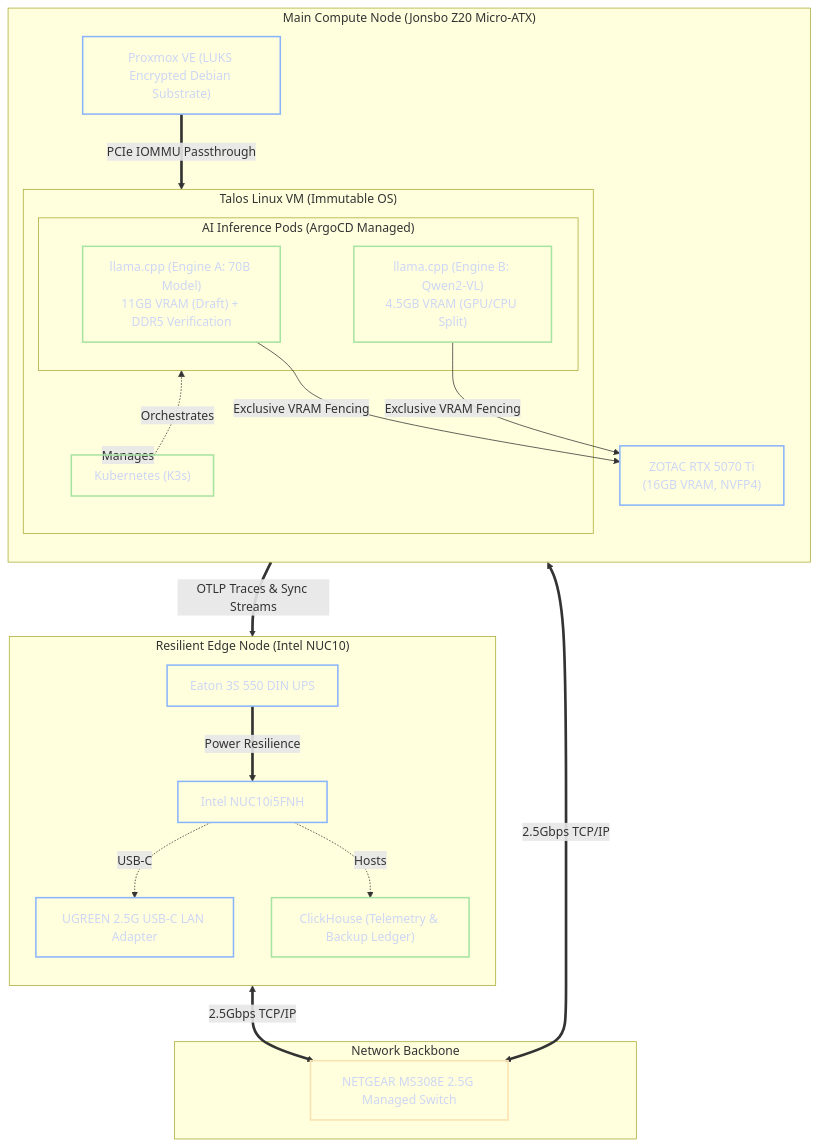
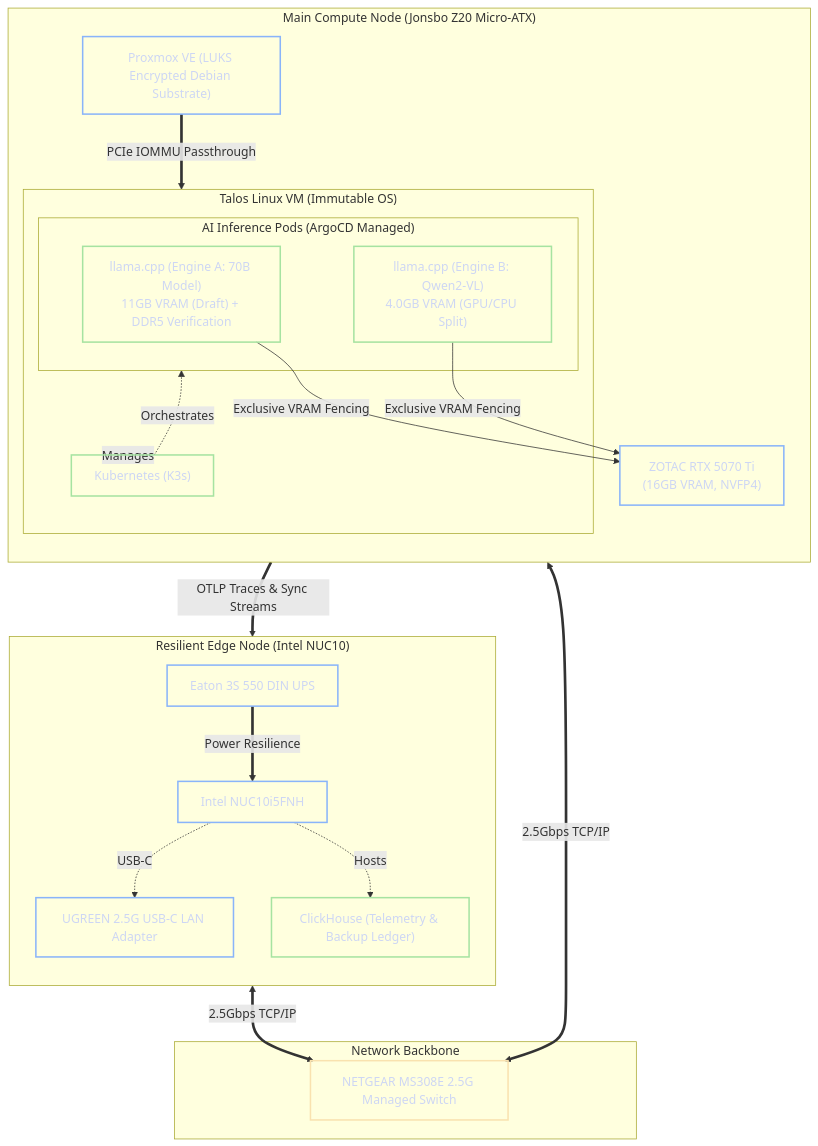
Before and after one commit to foersben/janus-synapse-edge: the diagram in docs/00. Architecture Overview & Constraints Strategy.md, drawn with Mermaid. The commit also changed other lines of this file and 9 other files, not shown here.

````diff
--- a/docs/00. Architecture Overview & Constraints Strategy.md
+++ b/docs/00. Architecture Overview & Constraints Strategy.md
@@ -95,54 +95,54 @@
 ```mermaid
 flowchart TD
     %% Styling Definitions
     classDef hardware fill:transparent,stroke:#89b4fa,stroke-width:2px,color:#cdd6f4
     classDef software fill:transparent,stroke:#a6e3a1,stroke-width:2px,color:#cdd6f4
     classDef network fill:transparent,stroke:#f9e2af,stroke-width:2px,color:#cdd6f4
 
     subgraph MainCompute["Main Compute Node (Jonsbo Z20 Micro-ATX)"]
         direction TB
         Proxmox["Proxmox VE (LUKS Encrypted Debian Substrate)"]:::hardware
 
         subgraph TalosVM["Talos Linux VM (Immutable OS)"]
             K3s["Kubernetes (K3s)"]:::software
 
             subgraph AI_Pods["AI Inference Pods (ArgoCD Managed)"]
                 llama_cpp["llama.cpp (Engine A: 70B Model)<br/>11GB VRAM (Draft) + DDR5 Verification"]:::software
-                EngineB["llama.cpp (Engine B: Qwen2-VL)<br/>4.5GB VRAM (GPU/CPU Split)"]:::software
+                EngineB["llama.cpp (Engine B: Qwen2-VL)<br/>4.0GB VRAM (GPU/CPU Split)"]:::software
             end
         end
 
         GPU["ZOTAC RTX 5070 Ti<br/>(16GB VRAM, NVFP4)"]:::hardware
 
         %% Connections inside Main Compute
         Proxmox == "PCIe IOMMU Passthrough" ==> TalosVM
         TalosVM -. "Manages" .-> K3s
         K3s -. "Orchestrates" .-> AI_Pods
         llama_cpp -- "Exclusive VRAM Fencing" --> GPU
         EngineB -- "Exclusive VRAM Fencing" --> GPU
     end
 
     subgraph Network["Network Backbone"]
         Switch["NETGEAR MS308E 2.5G Managed Switch"]:::network
     end
 
     subgraph EdgeNode["Resilient Edge Node (Intel NUC10)"]
         direction TB
         EatonUPS["Eaton 3S 550 DIN UPS"]:::hardware
         NUC["Intel NUC10i5FNH"]:::hardware
         Adapter["UGREEN 2.5G USB-C LAN Adapter"]:::hardware
         ClickHouse["ClickHouse (Telemetry & Backup Ledger)"]:::software
 
         %% Connections inside Edge Node
         EatonUPS == "Power Resilience" ==> NUC
         NUC -. "USB-C" .-> Adapter
         NUC -. "Hosts" .-> ClickHouse
     end
 
     %% External Connections
     MainCompute <== "2.5Gbps TCP/IP" ==> Switch
     Adapter <== "2.5Gbps TCP/IP" ==> Switch
 
     %% Logical Interactions
     AI_Pods == "OTLP Traces & Sync Streams" ==> ClickHouse
 ```
````
